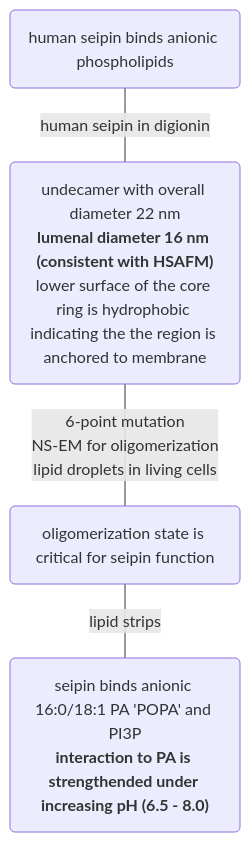
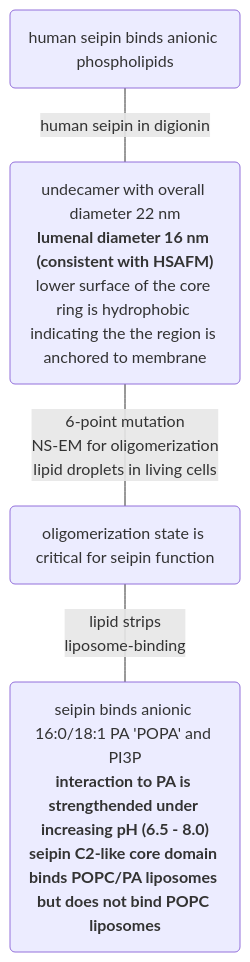
The second of 3 diagrams in source/resources/mindmap/seipin.md (psichen/psichen.github.io), drawn with Mermaid before and after one commit.

````diff
--- a/source/resources/mindmap/seipin.md
+++ b/source/resources/mindmap/seipin.md
@@ -51,20 +51,21 @@
 ```mermaid
 flowchart TB
 
 %% OBJECTS====================
 theme(human seipin binds anionic phospholipids)
 
 cryoEM("undecamer with overall diameter 22 nm
 <b>lumenal diameter 16 nm (consistent with HSAFM)</b>
 lower surface of the core ring is hydrophobic indicating the the region is anchored to membrane")
 
 mutants("oligomerization state is critical for seipin function")
 
 lipid("seipin binds anionic 16:0/18:1 PA 'POPA' and PI3P
-<b>interaction to PA is strengthended under increasing pH (6.5 - 8.0)</b>")
+<b>interaction to PA is strengthended under increasing pH (6.5 - 8.0)</b>
+<b>seipin C2-like core domain binds POPC/PA liposomes but does not bind POPC liposomes</b>")
 
 %% RELATIONS====================
 theme --- |human seipin in digionin| cryoEM
 cryoEM --- |6-point mutation \n NS-EM for oligomerization \n lipid droplets in living cells| mutants
-mutants --- |lipid strips| lipid
+mutants --- |lipid strips \n liposome-binding| lipid
 ```
````
